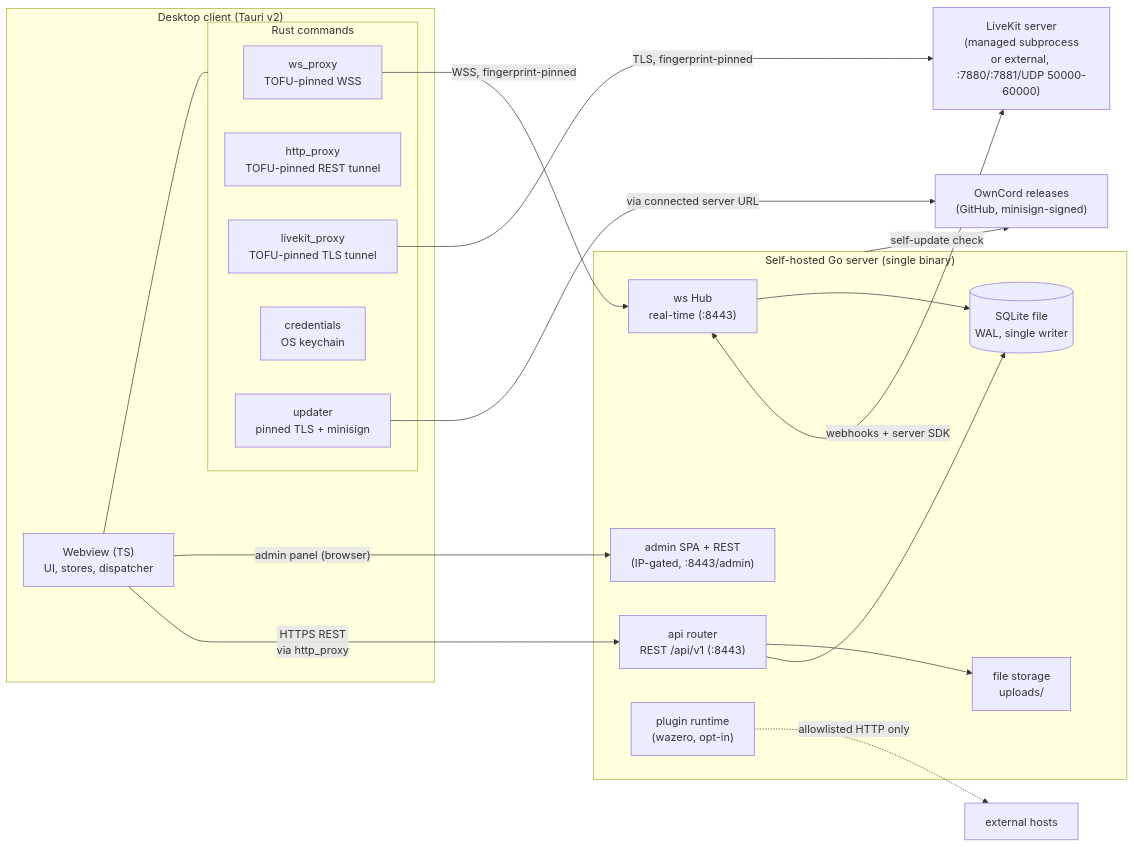
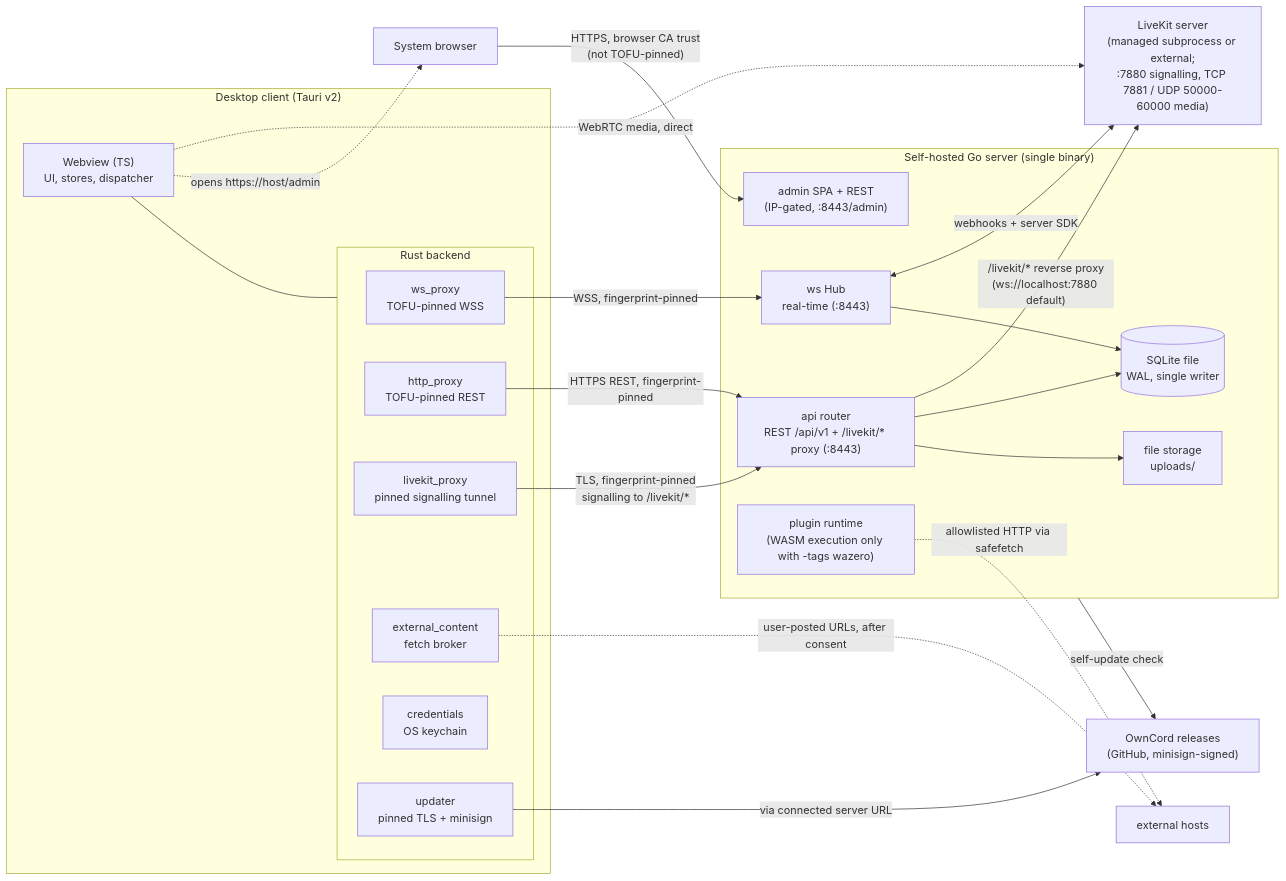
Before and after one commit to J3vb/OwnCord: the first of 4 diagrams in ARCHITECTURE.md, drawn with Mermaid. The commit also changed other lines of this file and 9 other files, not shown here.

````diff
--- a/ARCHITECTURE.md
+++ b/ARCHITECTURE.md
@@ -9,38 +9,45 @@
 ```mermaid
 flowchart LR
     subgraph desktop ["Desktop client (Tauri v2)"]
         WV["Webview (TS)<br/>UI, stores, dispatcher"]
-        subgraph sidecars ["Rust commands"]
+        subgraph native ["Rust backend"]
             WSP["ws_proxy<br/>TOFU-pinned WSS"]
-            HTP["http_proxy<br/>TOFU-pinned REST tunnel"]
-            LKP["livekit_proxy<br/>TOFU-pinned TLS tunnel"]
+            HTP["http_proxy<br/>TOFU-pinned REST"]
+            LKP["livekit_proxy<br/>pinned signalling tunnel"]
+            EXT["external_content<br/>fetch broker"]
             CRD["credentials<br/>OS keychain"]
             UPD["updater<br/>pinned TLS + minisign"]
         end
-        WV --- sidecars
+        WV --- native
     end
 
     subgraph server ["Self-hosted Go server (single binary)"]
-        RTR["api router<br/>REST /api/v1 (:8443)"]
+        RTR["api router<br/>REST /api/v1 + /livekit/* proxy (:8443)"]
         HUB["ws Hub<br/>real-time (:8443)"]
         ADM["admin SPA + REST<br/>(IP-gated, :8443/admin)"]
-        PLG["plugin runtime<br/>(wazero, opt-in)"]
+        PLG["plugin runtime<br/>(WASM execution only with -tags wazero)"]
         DBF[("SQLite file<br/>WAL, single writer")]
         UPS["file storage<br/>uploads/"]
     end
 
-    LK["LiveKit server<br/>(managed subprocess<br/>or external, :7880/:7881/UDP 50000-60000)"]
+    LK["LiveKit server<br/>(managed subprocess or external;<br/>:7880 signalling, TCP 7881 / UDP 50000-60000 media)"]
     REL["OwnCord releases<br/>(GitHub, minisign-signed)"]
+    BR["System browser"]
+    NET["external hosts"]
 
-    WV -->|"HTTPS REST<br/>via http_proxy"| RTR
+    HTP -->|"HTTPS REST, fingerprint-pinned"| RTR
     WSP -->|"WSS, fingerprint-pinned"| HUB
-    LKP -->|"TLS, fingerprint-pinned"| LK
-    WV -->|"admin panel (browser)"| ADM
+    LKP -->|"TLS, fingerprint-pinned<br/>signalling to /livekit/*"| RTR
+    RTR -->|"/livekit/* reverse proxy<br/>(ws://localhost:7880 default)"| LK
+    WV -.->|"WebRTC media, direct"| LK
+    WV -.->|"opens https://host/admin"| BR
+    BR -->|"HTTPS, browser CA trust<br/>(not TOFU-pinned)"| ADM
     HUB <-->|"webhooks + server SDK"| LK
     RTR --> DBF
     HUB --> DBF
     RTR --> UPS
-    PLG -.->|"allowlisted HTTP only"| NET["external hosts"]
+    EXT -.->|"user-posted URLs, after consent"| NET
+    PLG -.->|"allowlisted HTTP via safefetch"| NET
     UPD -->|"via connected server URL"| REL
     server -->|"self-update check"| REL
 ```
````
